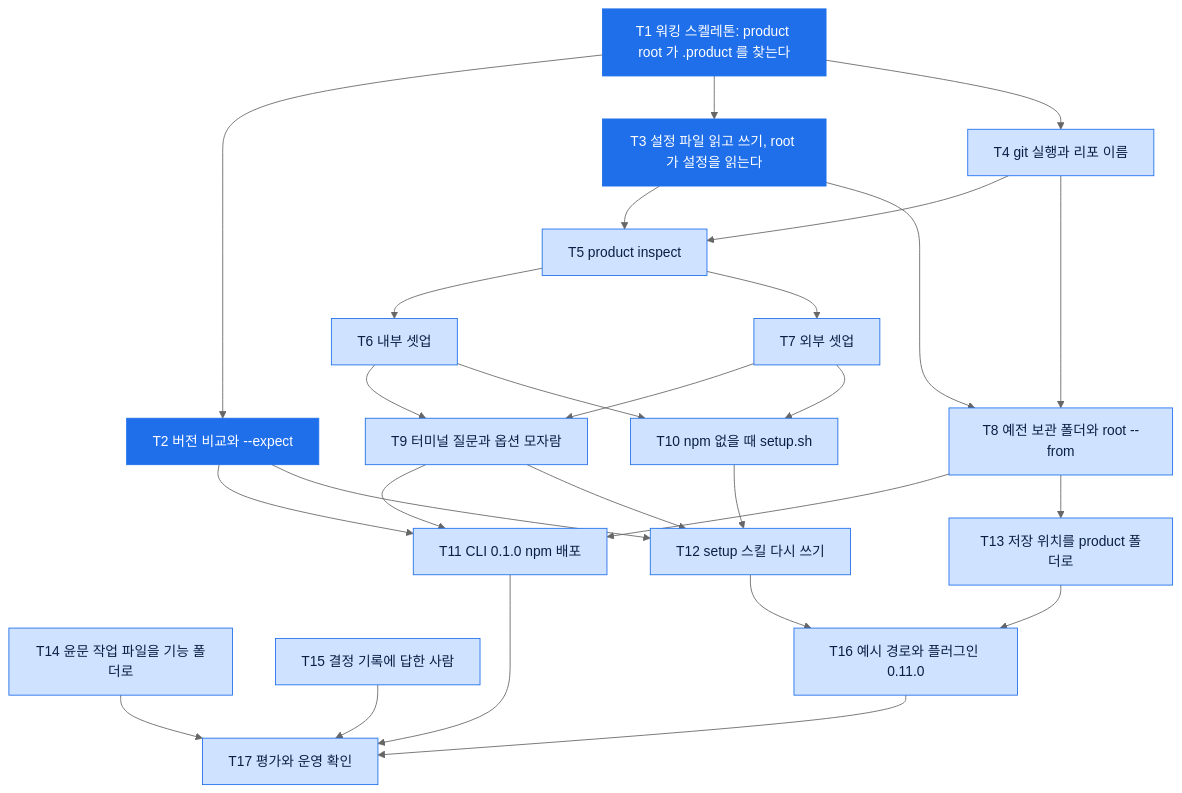
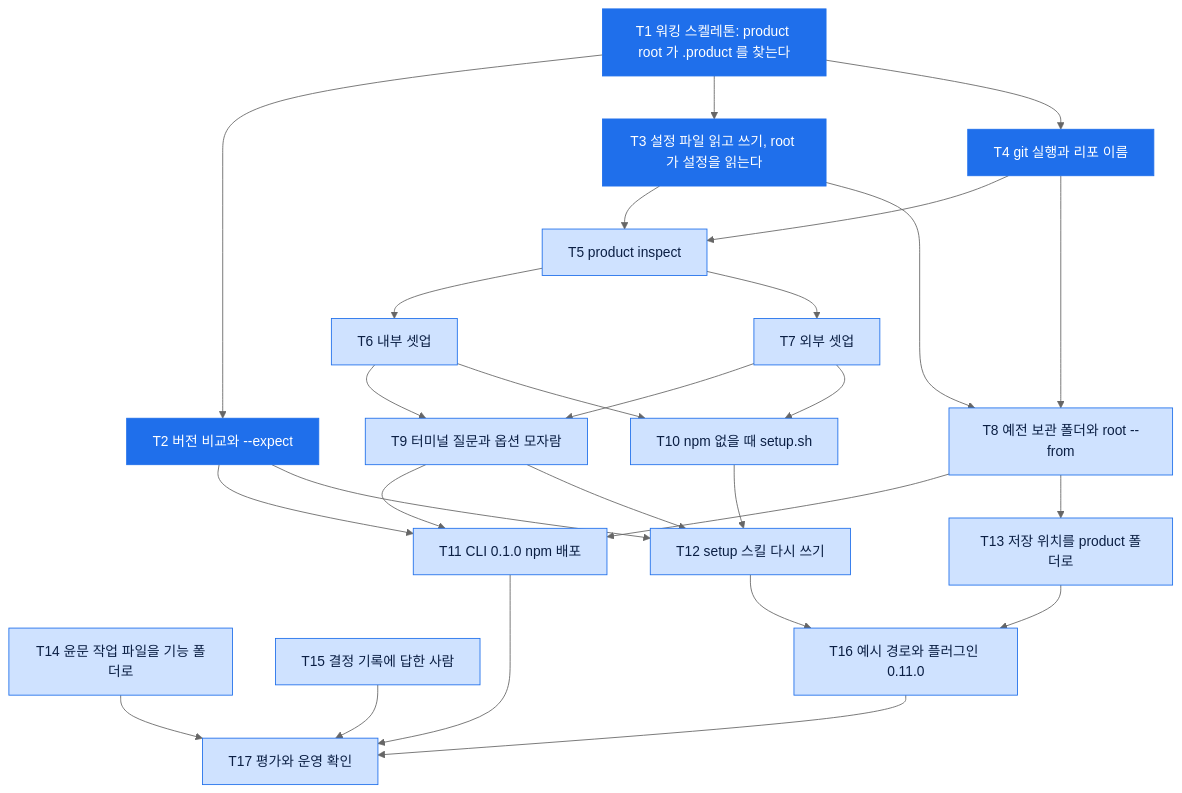
Before and after one commit to dorage/product-skills: the diagram in .product/features/261122_setup-method/tasks.md, drawn with Mermaid (neutral theme). The commit also changed other lines of this file and 4 other files, not shown here.

````diff
--- a/.product/features/261122_setup-method/tasks.md
+++ b/.product/features/261122_setup-method/tasks.md
@@ -7,50 +7,50 @@
 ```mermaid
 flowchart TD
     T1["T1 워킹 스켈레톤: product root 가 .product 를 찾는다"]
     T2["T2 버전 비교와 --expect"]
     T3["T3 설정 파일 읽고 쓰기, root 가 설정을 읽는다"]
     T4["T4 git 실행과 리포 이름"]
     T5["T5 product inspect"]
     T6["T6 내부 셋업"]
     T7["T7 외부 셋업"]
     T8["T8 예전 보관 폴더와 root --from"]
     T9["T9 터미널 질문과 옵션 모자람"]
     T10["T10 npm 없을 때 setup.sh"]
     T11["T11 CLI 0.1.0 npm 배포"]
     T12["T12 setup 스킬 다시 쓰기"]
     T13["T13 저장 위치를 product 폴더로"]
     T14["T14 윤문 작업 파일을 기능 폴더로"]
     T15["T15 결정 기록에 답한 사람"]
     T16["T16 예시 경로와 플러그인 0.11.0"]
     T17["T17 평가와 운영 확인"]
     T1 --> T2
     T1 --> T3
     T1 --> T4
     T3 --> T5
     T4 --> T5
     T5 --> T6
     T5 --> T7
     T3 --> T8
     T4 --> T8
     T6 --> T9
     T7 --> T9
     T6 --> T10
     T7 --> T10
     T2 --> T11
     T8 --> T11
     T9 --> T11
     T9 --> T12
     T10 --> T12
     T2 --> T12
     T8 --> T13
     T12 --> T16
     T13 --> T16
     T11 --> T17
     T14 --> T17
     T15 --> T17
     T16 --> T17
     classDef done fill:#1f6feb,stroke:#1f6feb,color:#ffffff
     classDef todo fill:#cfe2ff,stroke:#1f6feb,color:#0b1f44
-    class T1,T2,T3 done
-    class T4,T5,T6,T7,T8,T9,T10,T11,T12,T13,T14,T15,T16,T17 todo
+    class T1,T2,T3,T4 done
+    class T5,T6,T7,T8,T9,T10,T11,T12,T13,T14,T15,T16,T17 todo
 ```
````
